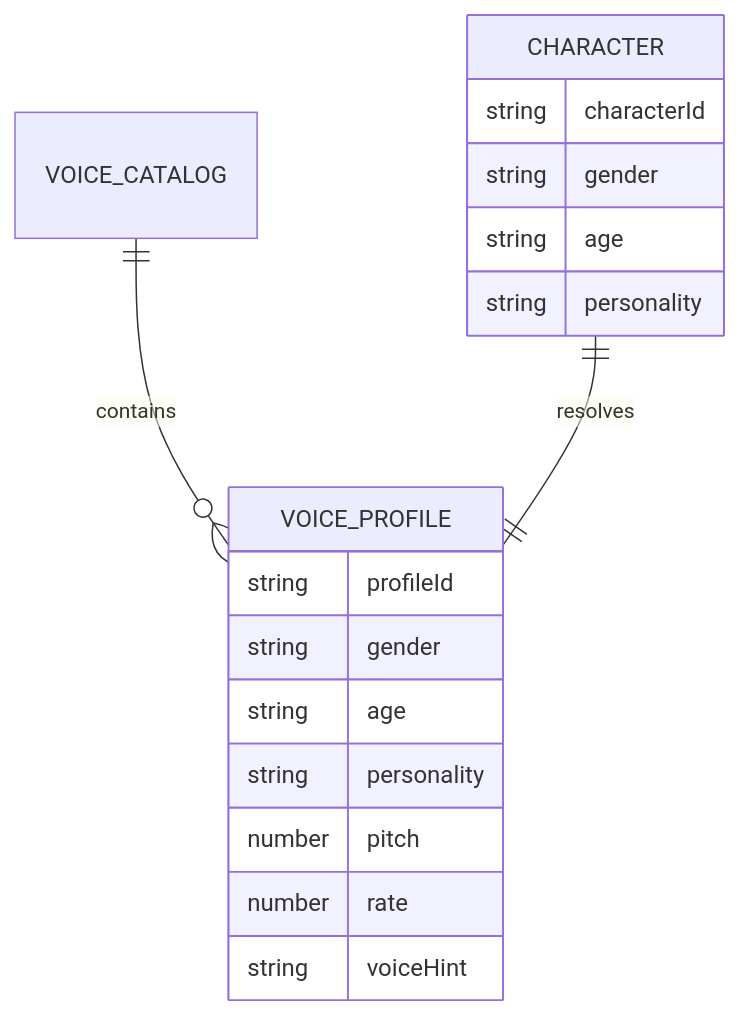
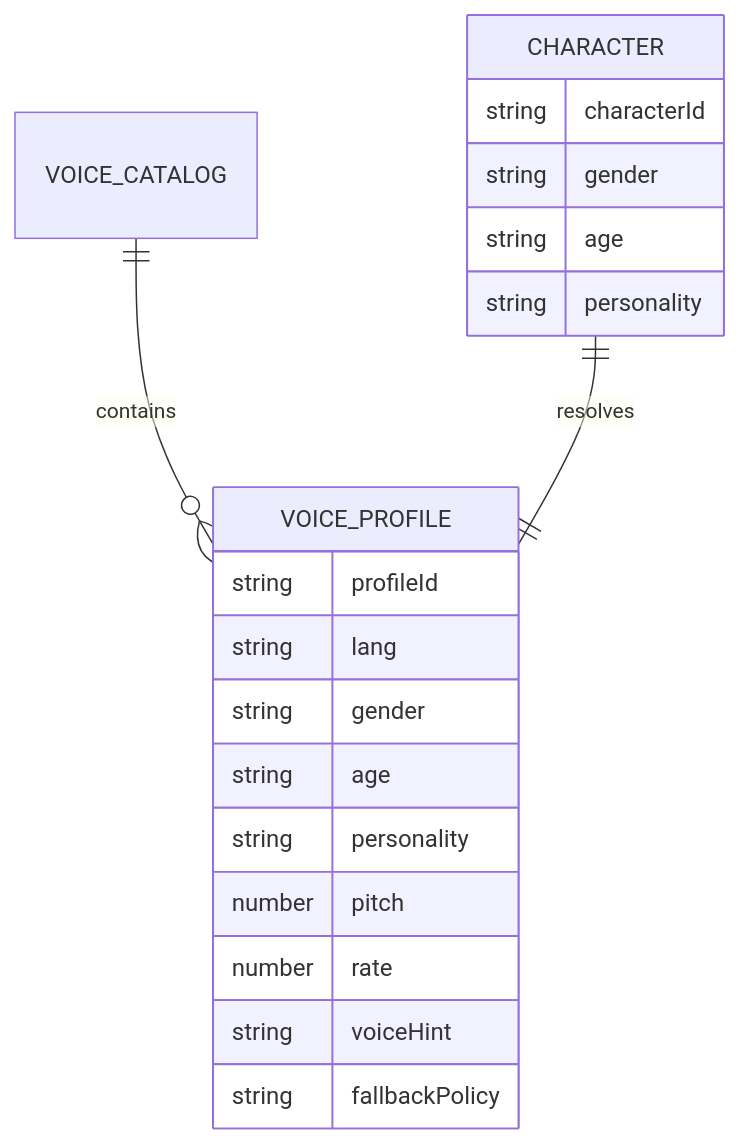
The fifth of 8 diagrams in docs/design.md (twStellerWhale-Ocean2/solKidGalGame1), drawn with Mermaid before and after one commit. The commit also changed other lines of this file and 2 other files, not shown here.

````diff
--- a/docs/design.md
+++ b/docs/design.md
@@ -251,20 +260,22 @@
 ```mermaid
 erDiagram
   VOICE_CATALOG ||--o{ VOICE_PROFILE : contains
   CHARACTER ||--|| VOICE_PROFILE : resolves
   VOICE_PROFILE {
     string profileId
+    string lang
     string gender
     string age
     string personality
     number pitch
     number rate
     string voiceHint
+    string fallbackPolicy
   }
   CHARACTER {
     string characterId
     string gender
     string age
     string personality
   }
 ```
````
